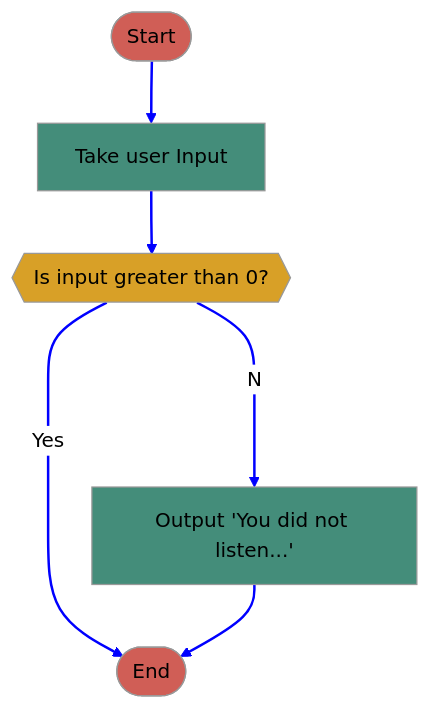
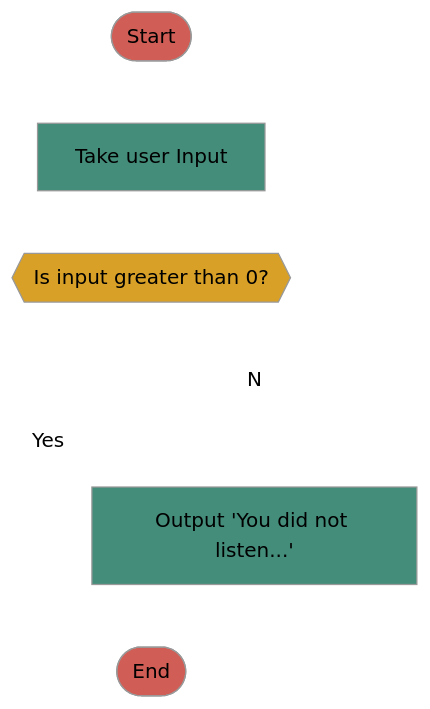
The first of 4 diagrams in docs/2022 Fall/CSE 2010-12(83648)/Week 3/2022-09-07 - C++ Control Flow with if-else statements.md (HokoraYinphineMPP/obsidian-git-sync), drawn with Mermaid (neutral theme) before and after one commit. The commit also changed other lines of this file and 1 other file, not shown here.

````diff
--- a/docs/2022 Fall/CSE 2010-12(83648)/Week 3/2022-09-07 - C++ Control Flow with if-else statements.md
+++ b/docs/2022 Fall/CSE 2010-12(83648)/Week 3/2022-09-07 - C++ Control Flow with if-else statements.md
@@ -28,12 +28,12 @@
 ```mermaid
 graph TD;
     A([Start]):::Red-->B;
     B[Take user Input]:::Green-->C;
     C{{Is input greater than 0?}}:::Yellow--No-->D;
     C--Yes-->H([End]):::Red;
     D[Output 'You did not listen...']:::Green-->H;
 	classDef Red fill:#d05e56;
 	classDef Yellow fill:#d8a027, color:#000;
 	classDef Green fill:#448d7a;
-	linkStyle default stroke-width:2px,fill:none, stroke:blue
+	linkStyle default stroke-width:2px,fill:none, stroke:white
 ```
````
